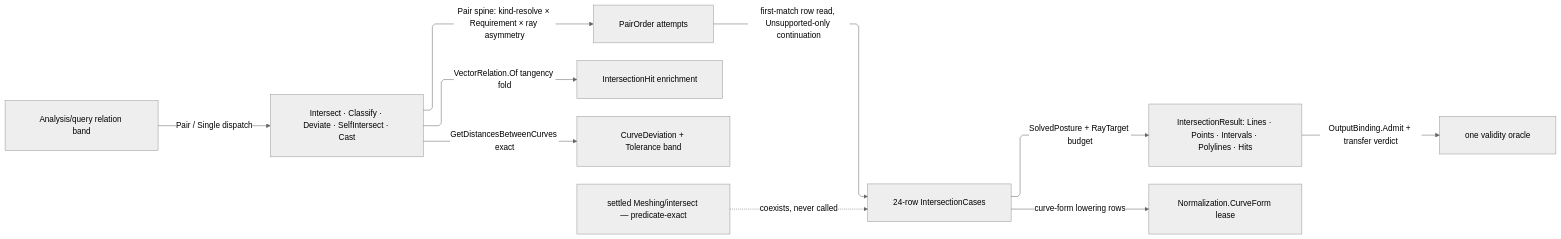
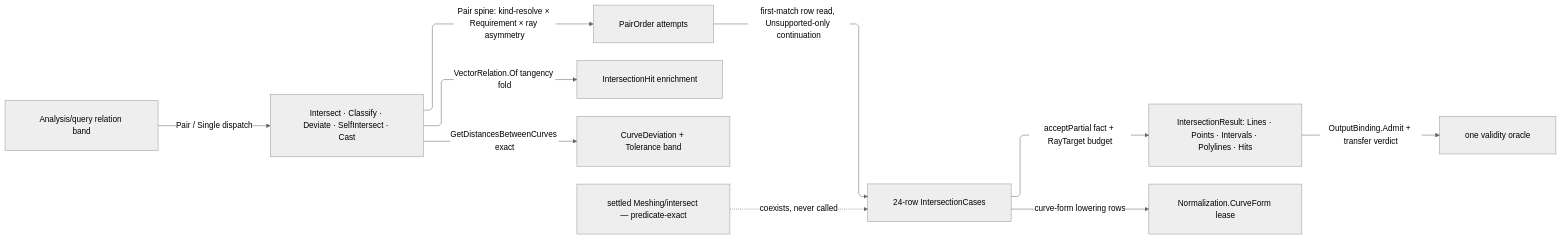
Before and after one commit to bsamiee/Rasm: the diagram in libs/dotnet/Rasm/.planning/Analysis/relations.md, drawn with Mermaid (neutral theme). The commit also changed other lines of this file and 16 other files, not shown here.

````diff
--- a/libs/dotnet/Rasm/.planning/Analysis/relations.md
+++ b/libs/dotnet/Rasm/.planning/Analysis/relations.md
@@ -624,21 +603,21 @@
 ```mermaid
 ---
 config:
   layout: elk
   flowchart:
     curve: linear
     padding: 25
 ---
 flowchart LR
     accTitle: Geometric relation dispatch band
     accDescr: The query relation band dispatching pair and single builders through a twenty-four-row intersection case table whose PairOrder-driven first-match read yields the shape union under one validity oracle, with curve-form lowering, tangency enrichment, and exact deviation beside the predicate-exact meshing path that coexists uncalled.
     Query[Analysis/query relation band] -->|Pair / Single dispatch| Builders[Intersect · Classify · Deviate · SelfIntersect · Cast]
     Builders -->|Pair spine: kind-resolve × Requirement × ray asymmetry| Order[PairOrder attempts]
     Order -->|first-match row read, Unsupported-only continuation| Table[24-row IntersectionCases]
-    Table -->|SolvedPosture + RayTarget budget| Shapes[IntersectionResult: Lines · Points · Intervals · Polylines · Hits]
+    Table -->|acceptPartial fact + RayTarget budget| Shapes[IntersectionResult: Lines · Points · Intervals · Polylines · Hits]
     Table -->|curve-form lowering rows| Norm[Normalization.CurveForm lease]
     Shapes -->|OutputBinding.Admit + transfer verdict| Oracle[one validity oracle]
     Builders -->|VectorRelation.Of tangency fold| Hits[IntersectionHit enrichment]
     Builders -->|GetDistancesBetweenCurves exact| Deviation[CurveDeviation + Tolerance band]
     Robust[settled Meshing/intersect — predicate-exact] -.->|coexists, never called| Table
 ```
````
